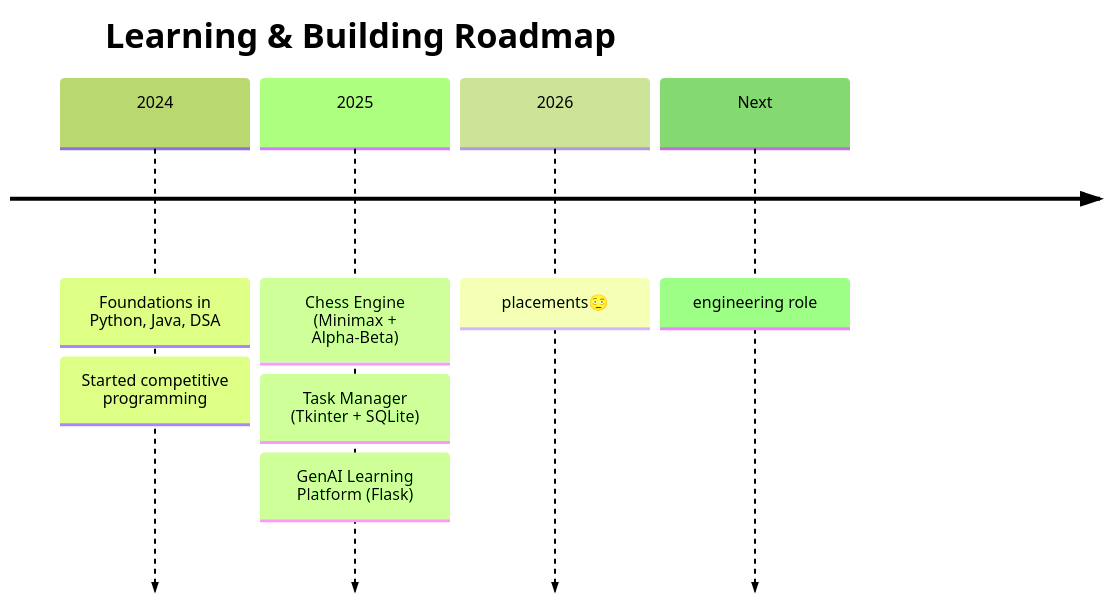
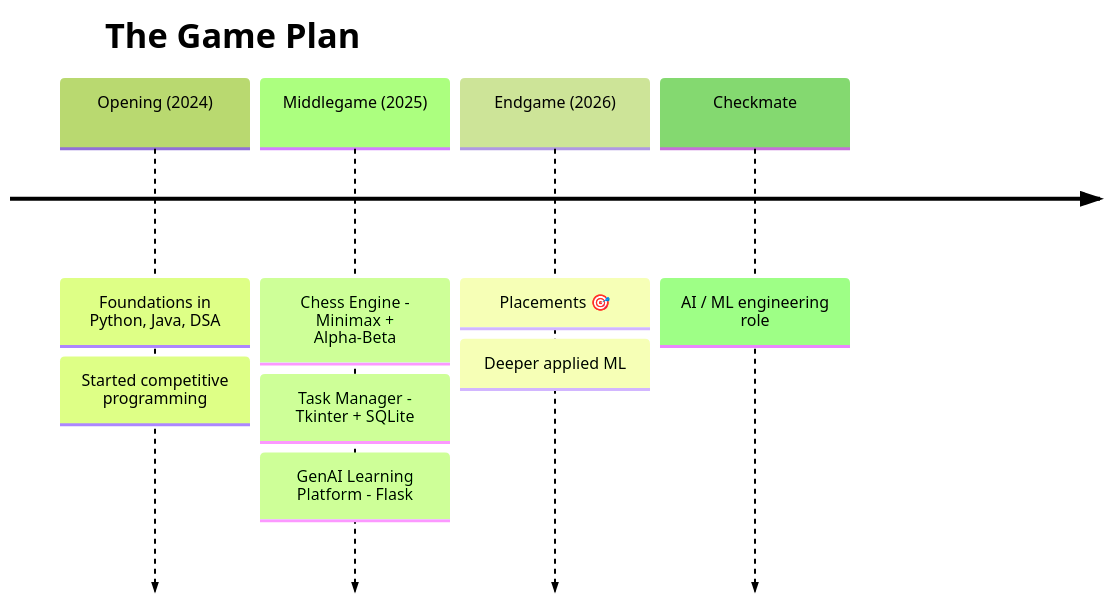
One commit to yashu440/yashu440 changed the second of 2 diagrams in README.md. Above: the diagram before and after it, drawn with Mermaid (forest theme). The commit also changed other lines of this file, not shown here.

````diff
--- a/README.md
+++ b/README.md
@@ -404,11 +171,12 @@
 ```mermaid
 timeline
-    title Learning & Building Roadmap
-    2024 : Foundations in Python, Java, DSA
-         : Started competitive programming
-    2025 : Chess Engine (Minimax + Alpha-Beta)
-         : Task Manager (Tkinter + SQLite)
-         : GenAI Learning Platform (Flask)
-    2026 : placements🫩
-    Next :  engineering role
+    title The Game Plan
+    Opening (2024) : Foundations in Python, Java, DSA
+                   : Started competitive programming
+    Middlegame (2025) : Chess Engine - Minimax + Alpha-Beta
+                      : Task Manager - Tkinter + SQLite
+                      : GenAI Learning Platform - Flask
+    Endgame (2026) : Placements 🎯
+                   : Deeper applied ML
+    Checkmate : AI / ML engineering role
 ```
````
